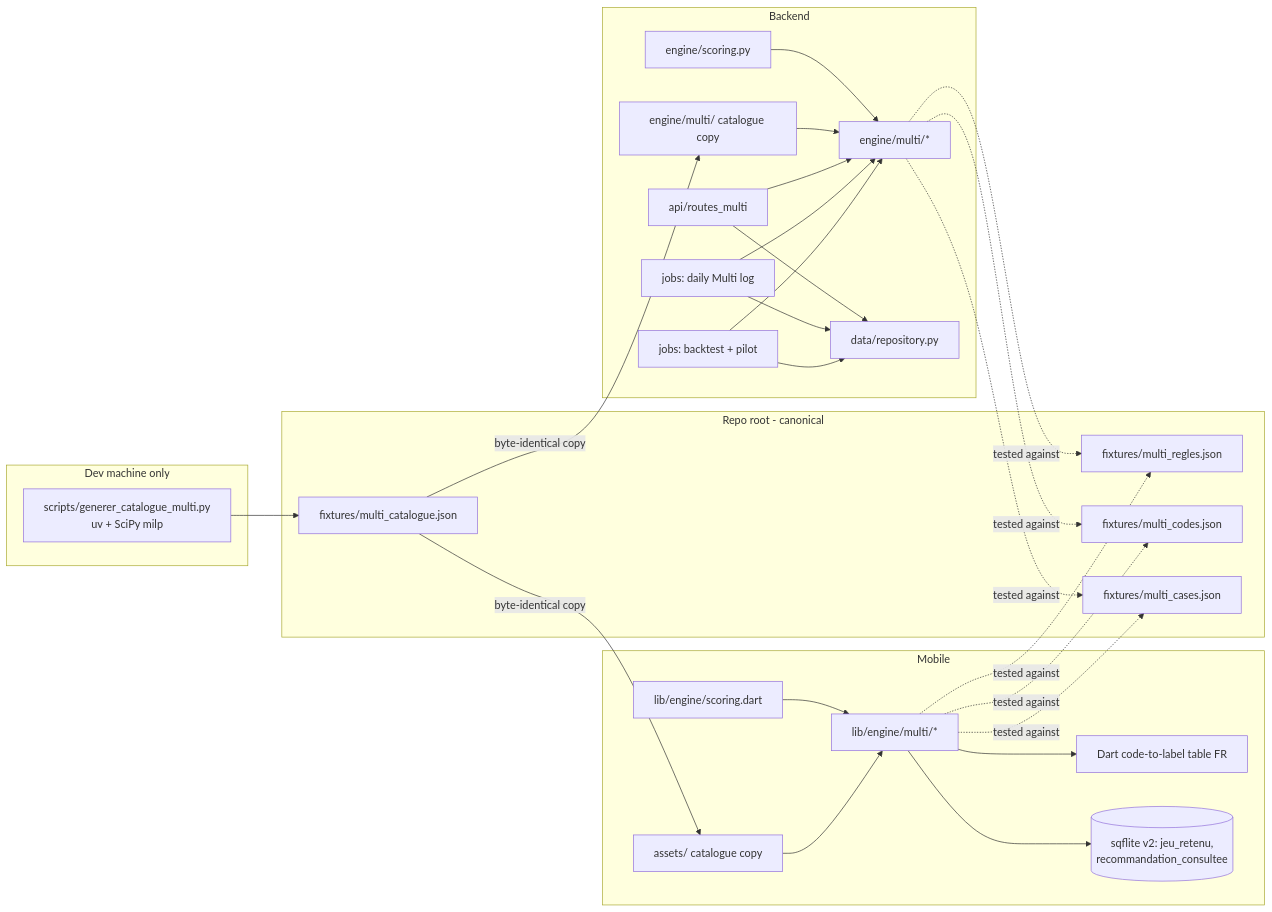
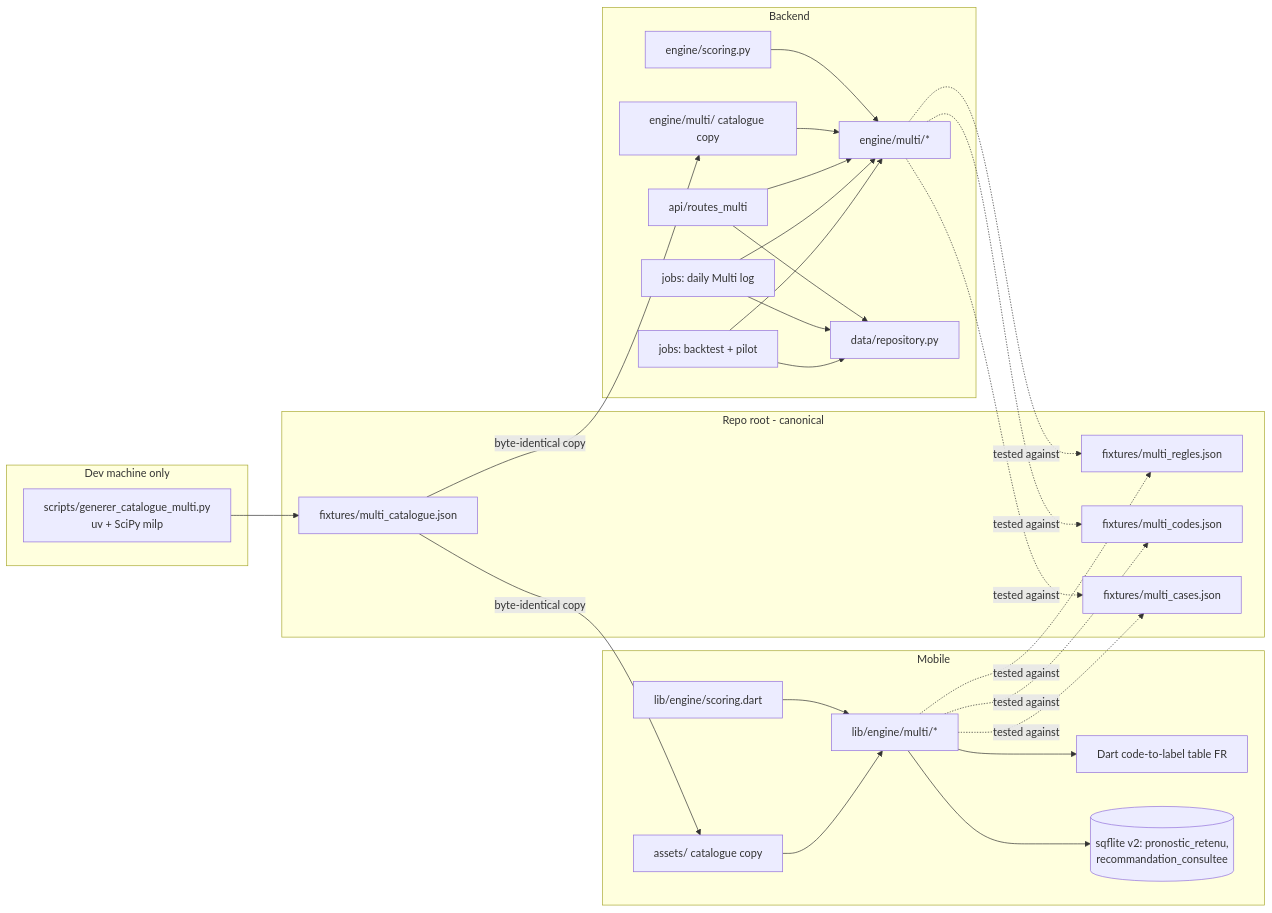
The second of 2 diagrams in _bmad-output/planning-artifacts/architecture/architecture-prediction-hyppique-2026-09-04/ARCHITECTURE-SPINE.md (LazyDevop/prediction-hyppique), drawn with Mermaid before and after one commit. The commit also changed other lines of this file and 13 other files, not shown here.

````diff
--- a/_bmad-output/planning-artifacts/architecture/architecture-prediction-hyppique-2026-09-04/ARCHITECTURE-SPINE.md
+++ b/_bmad-output/planning-artifacts/architecture/architecture-prediction-hyppique-2026-09-04/ARCHITECTURE-SPINE.md
@@ -63,49 +63,49 @@
 ```mermaid
 flowchart LR
   subgraph Dev machine only
     GEN[scripts/generer_catalogue_multi.py<br/>uv + SciPy milp]
   end
   subgraph Repo root - canonical
     CAT[fixtures/multi_catalogue.json]
     REG[fixtures/multi_regles.json]
     CODES[fixtures/multi_codes.json]
     CASES[fixtures/multi_cases.json]
   end
   subgraph Backend
     SCORE[engine/scoring.py]
     MULTI[engine/multi/*]
     CATB[engine/multi/ catalogue copy]
     REPO[data/repository.py]
     ROUTES[api/routes_multi]
     JOBLOG[jobs: daily Multi log]
     BT[jobs: backtest + pilot]
   end
   subgraph Mobile
     SCORED[lib/engine/scoring.dart]
     MULTID[lib/engine/multi/*]
     CATM[assets/ catalogue copy]
     LIB[Dart code-to-label table FR]
-    LOCAL[(sqflite v2: jeu_retenu,<br/>recommandation_consultee)]
+    LOCAL[(sqflite v2: pronostic_retenu,<br/>recommandation_consultee)]
   end
   GEN --> CAT
   CAT -->|byte-identical copy| CATB
   CAT -->|byte-identical copy| CATM
   SCORE --> MULTI
   CATB --> MULTI
   SCORED --> MULTID
   CATM --> MULTID
   MULTI -.->|tested against| REG
   MULTI -.->|tested against| CODES
   MULTI -.->|tested against| CASES
   MULTID -.->|tested against| REG
   MULTID -.->|tested against| CODES
   MULTID -.->|tested against| CASES
   ROUTES --> MULTI
   ROUTES --> REPO
   JOBLOG --> MULTI
   JOBLOG --> REPO
   BT --> MULTI
   BT --> REPO
   MULTID --> LIB
   MULTID --> LOCAL
 ```
````
